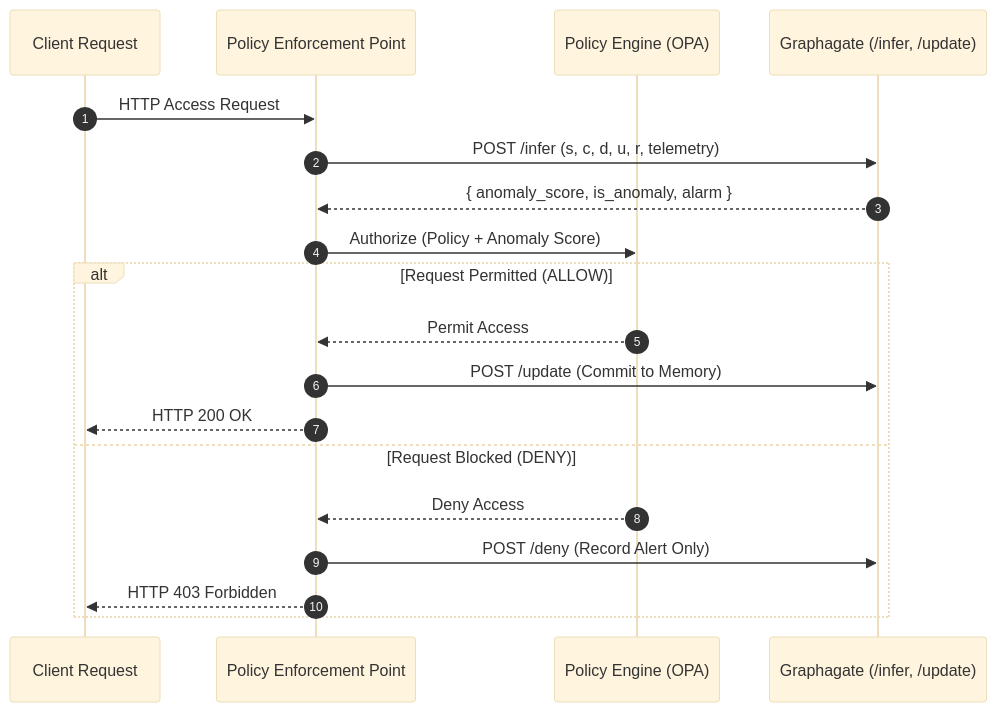
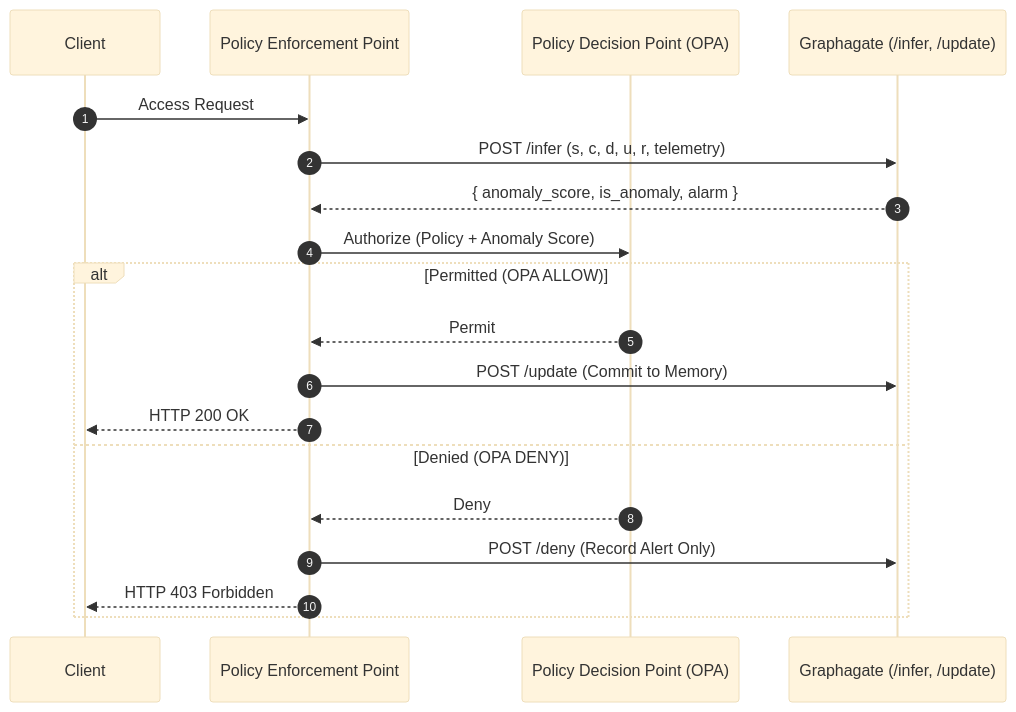
Before and after one commit to DDoS-Fury/Papergate: the third of 3 diagrams in README.md, drawn with Mermaid (base theme). The commit also changed other lines of this file and 11 other files, not shown here.

````diff
--- a/README.md
+++ b/README.md
@@ -223,22 +180,22 @@
 ```mermaid
 sequenceDiagram
     autonumber
-    participant Client as Client Request
+    participant Client as Client
     participant PEP as Policy Enforcement Point
-    participant PDP as Policy Engine (OPA)
+    participant PDP as Policy Decision Point (OPA)
     participant TGN as Graphagate (/infer, /update)
 
-    Client->>PEP: HTTP Access Request
+    Client->>PEP: Access Request
     PEP->>TGN: POST /infer (s, c, d, u, r, telemetry)
     TGN-->>PEP: { anomaly_score, is_anomaly, alarm }
     PEP->>PDP: Authorize (Policy + Anomaly Score)
-    alt Request Permitted (ALLOW)
-        PDP-->>PEP: Permit Access
+    alt Permitted (OPA ALLOW)
+        PDP-->>PEP: Permit
         PEP->>TGN: POST /update (Commit to Memory)
         PEP-->>Client: HTTP 200 OK
-    else Request Blocked (DENY)
-        PDP-->>PEP: Deny Access
+    else Denied (OPA DENY)
+        PDP-->>PEP: Deny
         PEP->>TGN: POST /deny (Record Alert Only)
         PEP-->>Client: HTTP 403 Forbidden
     end
 ```
````
